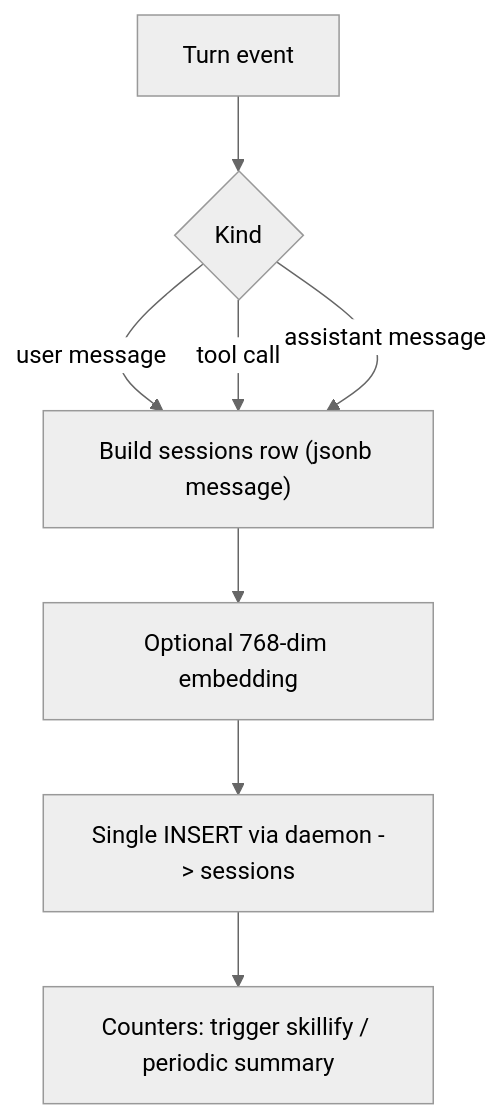
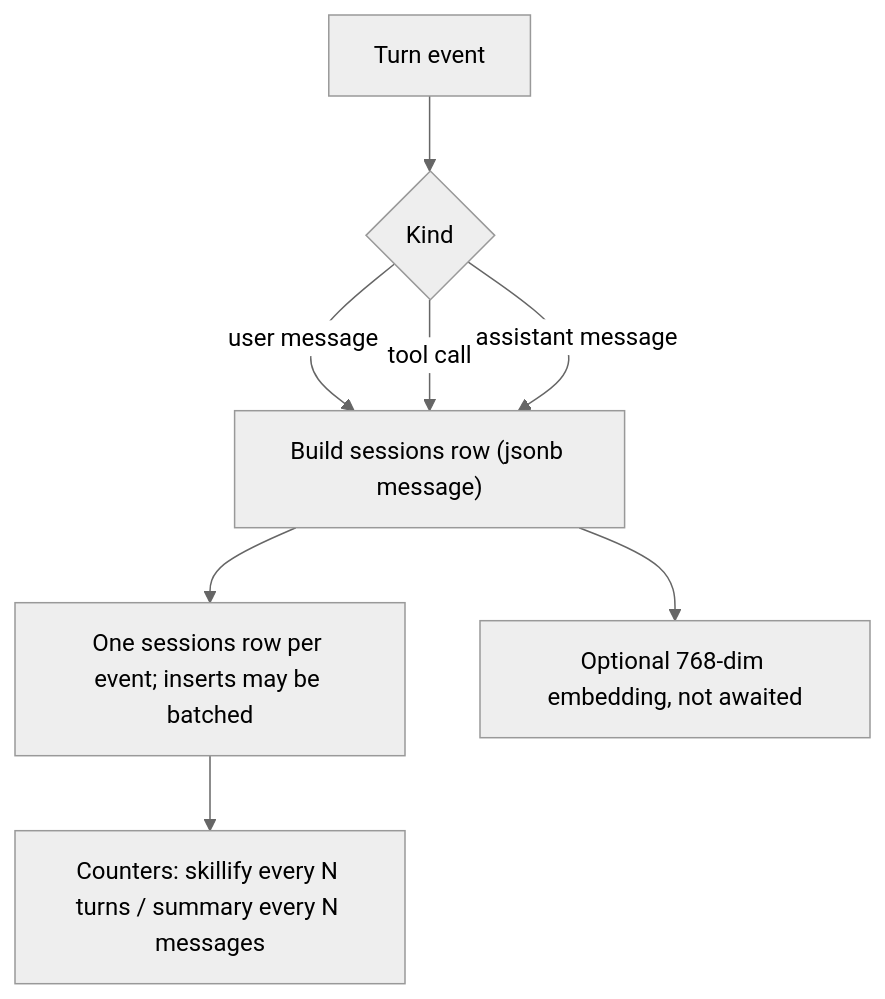
Before and after one commit to legioncodeinc/honeycomb: the diagram in library/knowledge/private/ai/session-capture.md, drawn with Mermaid (neutral theme). The commit also changed other lines of this file and 279 other files, not shown here.

````diff
--- a/library/knowledge/private/ai/session-capture.md
+++ b/library/knowledge/private/ai/session-capture.md
@@ -39,10 +39,10 @@
 ```mermaid
 flowchart TD
     event["Turn event"] --> kind{"Kind"}
     kind -->|user message| row["Build sessions row (jsonb message)"]
     kind -->|tool call| row
     kind -->|assistant message| row
-    row --> embed["Optional 768-dim embedding"]
-    embed --> insert["Single INSERT via daemon -> sessions"]
-    insert --> triggers["Counters: trigger skillify / periodic summary"]
+    row --> insert["One sessions row per event; inserts may be batched"]
+    row --> embed["Optional 768-dim embedding, not awaited"]
+    insert --> triggers["Counters: skillify every N turns / summary every N messages"]
 ```
````
